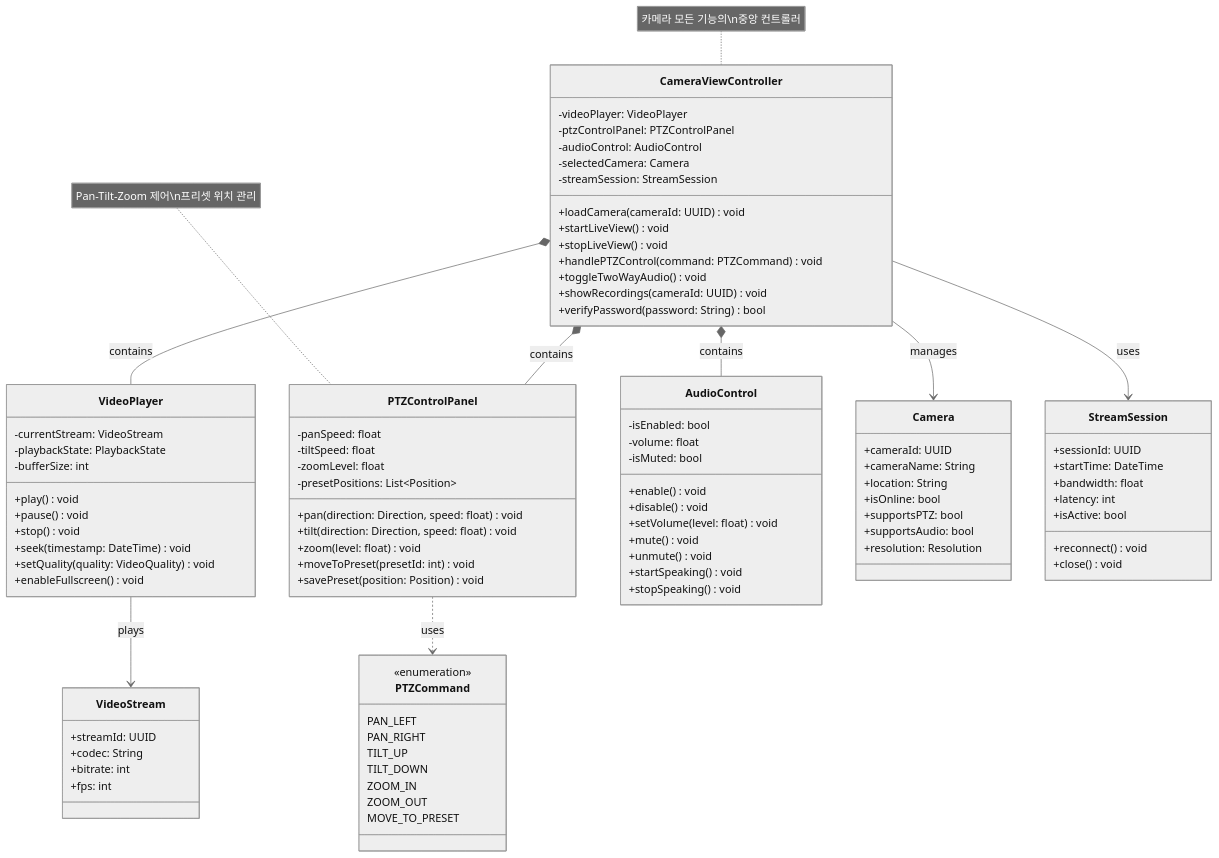
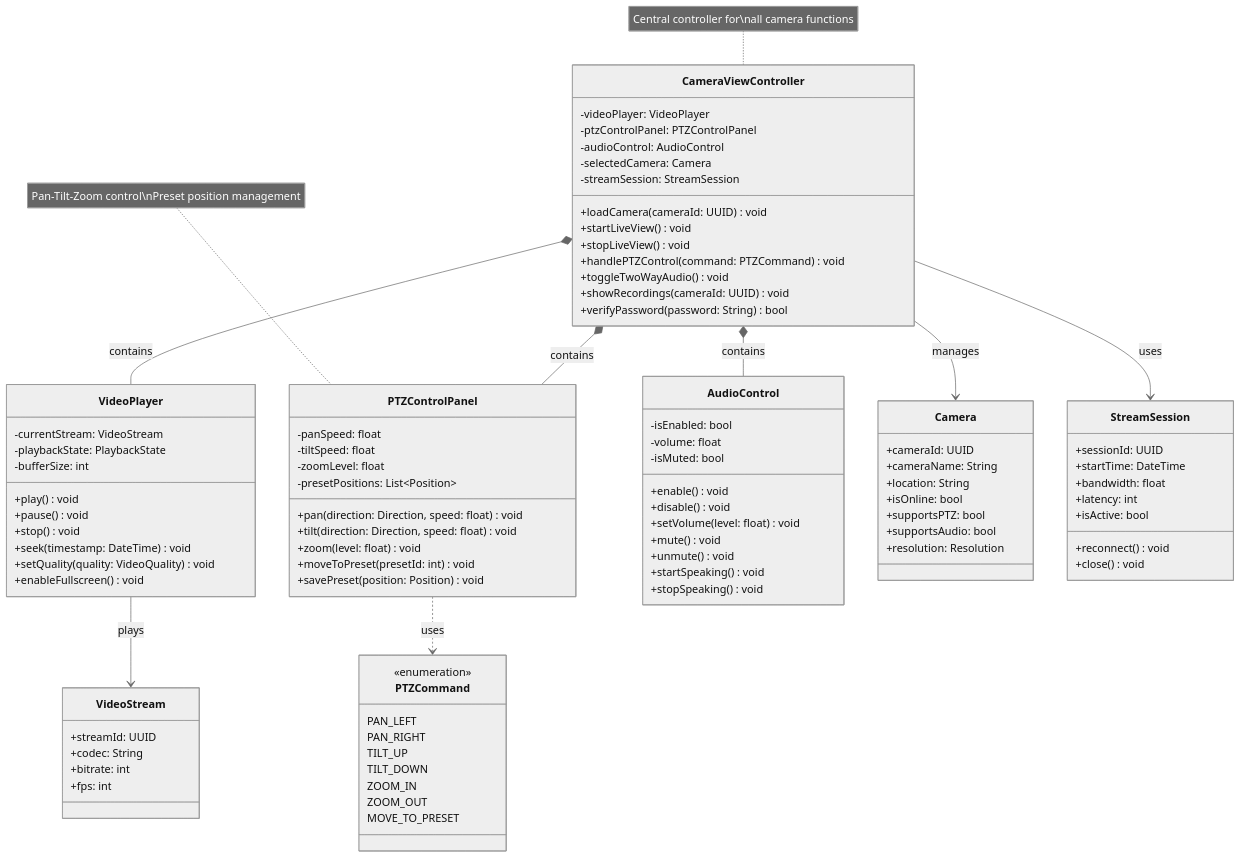
The third of 12 diagrams in diagrams/presentation_class_diagram.md (mj010101/swe_25f), drawn with Mermaid (neutral theme) before and after one commit. The commit also changed other lines of this file, not shown here.

Commit message:
refine presentation class diagram

````diff
--- a/diagrams/presentation_class_diagram.md
+++ b/diagrams/presentation_class_diagram.md
@@ -343,6 +343,6 @@
     VideoPlayer --> VideoStream : plays
     PTZControlPanel ..> PTZCommand : uses
 
-    note for CameraViewController "카메라 모든 기능의\n중앙 컨트롤러"
-    note for PTZControlPanel "Pan-Tilt-Zoom 제어\n프리셋 위치 관리"
+    note for CameraViewController "Central controller for\nall camera functions"
+    note for PTZControlPanel "Pan-Tilt-Zoom control\nPreset position management"
 ```
````
